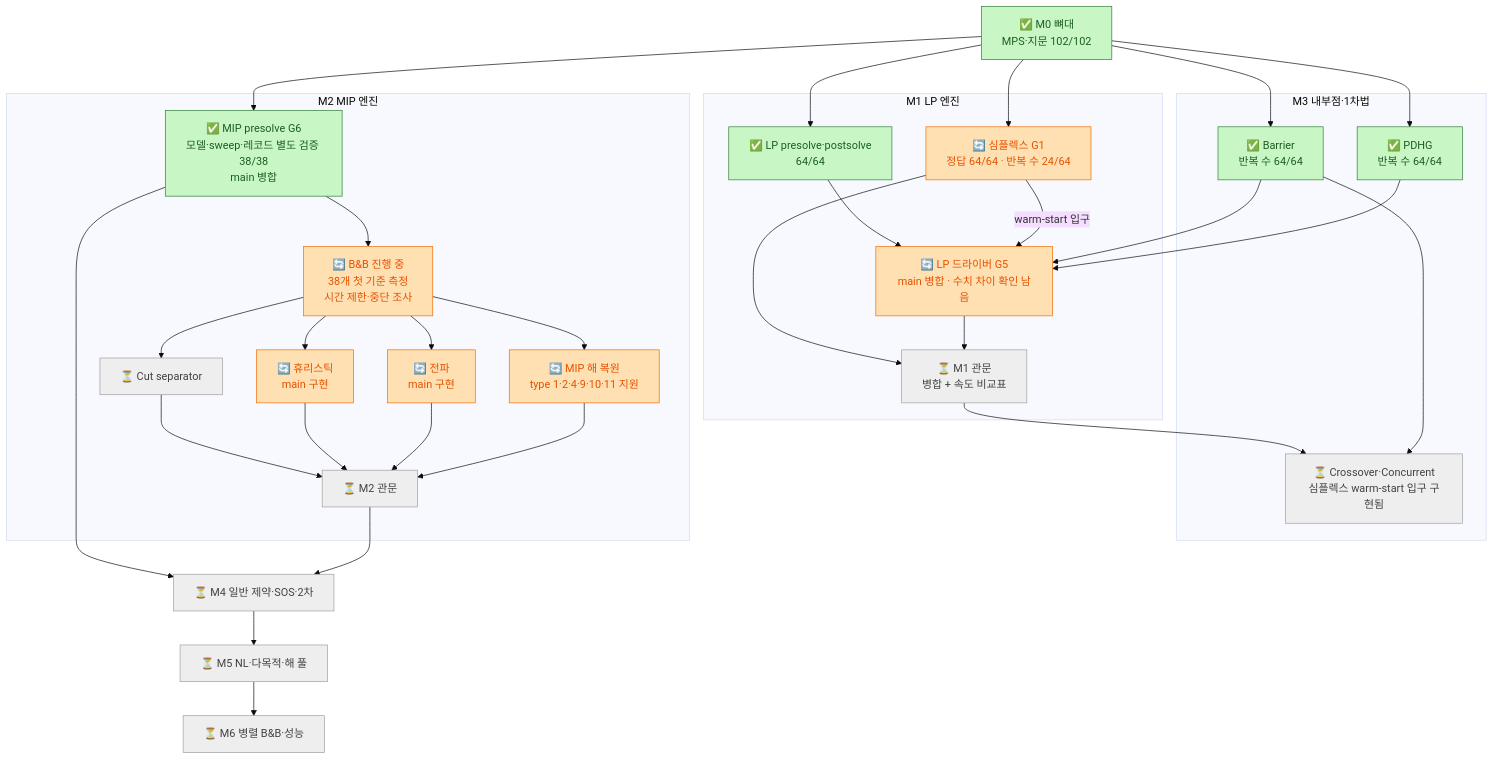
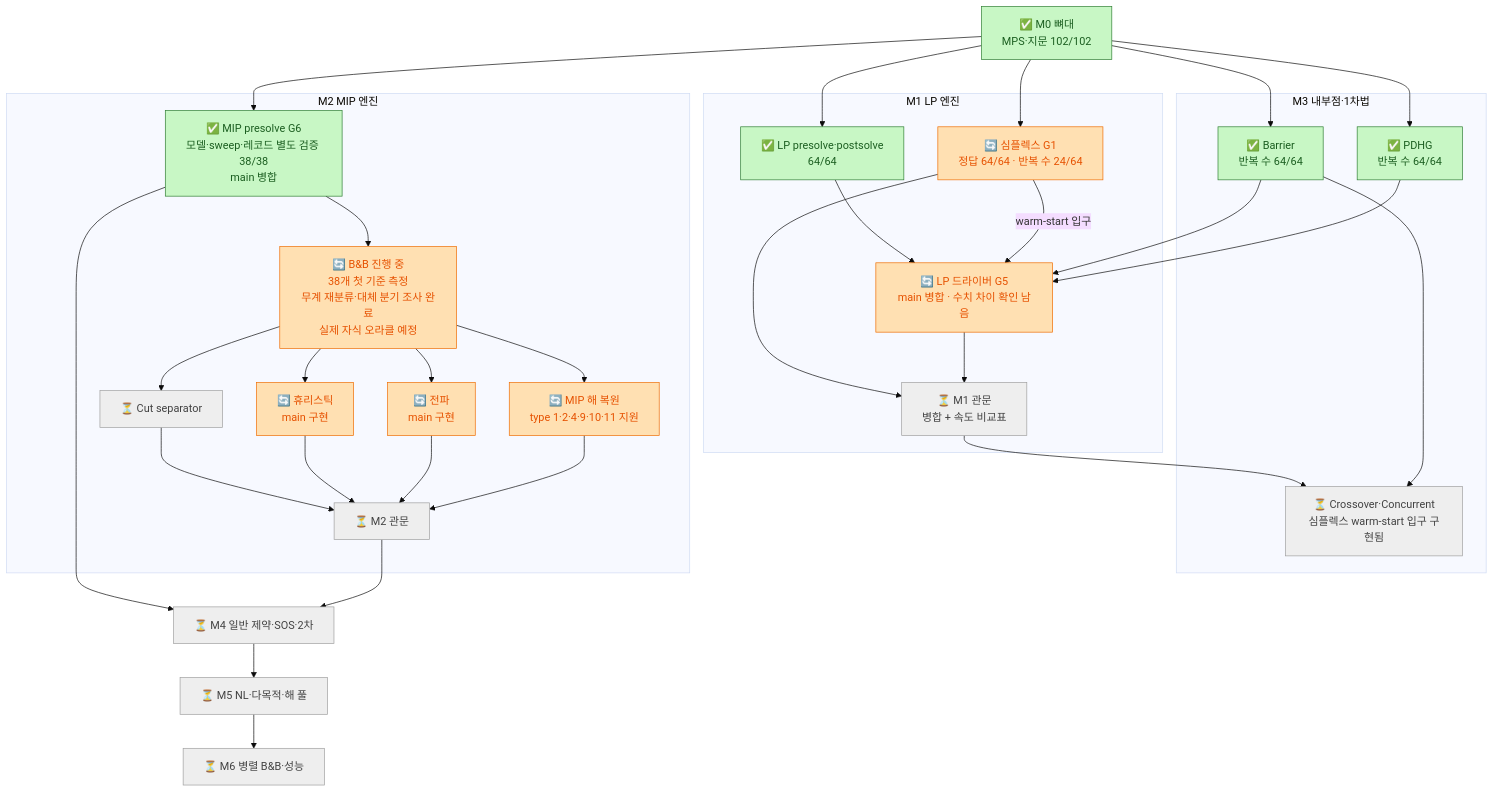
One commit to kjh278231/kerobi changed the diagram in docs/12_roadmap_diagram.md. Above: the diagram before and after it, drawn with Mermaid (base theme). The commit also changed other lines of this file and 9 other files, not shown here.

````diff
--- a/docs/12_roadmap_diagram.md
+++ b/docs/12_roadmap_diagram.md
@@ -17,49 +19,49 @@
 ```mermaid
 flowchart TD
     classDef done fill:#c8f7c5,stroke:#2e7d32,color:#1b5e20
     classDef doing fill:#ffe0b2,stroke:#ef6c00,color:#e65100
     classDef pending fill:#bbdefb,stroke:#1565c0,color:#0d47a1
     classDef todo fill:#eeeeee,stroke:#9e9e9e,color:#424242
 
     M0["✅ M0 뼈대<br/>MPS·지문 102/102"]:::done
 
     subgraph M1["M1 LP 엔진"]
         PRE["✅ LP presolve·postsolve<br/>64/64"]:::done
         SPX["🔄 심플렉스 G1<br/>정답 64/64 · 반복 수 24/64"]:::doing
         DRV["🔄 LP 드라이버 G5<br/>main 병합 · 수치 차이 확인 남음"]:::doing
         GATE1["⏳ M1 관문<br/>병합 + 속도 비교표"]:::todo
     end
 
     subgraph M3["M3 내부점·1차법"]
         BAR["✅ Barrier<br/>반복 수 64/64"]:::done
         PDHG["✅ PDHG<br/>반복 수 64/64"]:::done
         XO["⏳ Crossover·Concurrent<br/>심플렉스 warm-start 입구 구현됨"]:::todo
     end
 
     subgraph M2["M2 MIP 엔진"]
         MPRE["✅ MIP presolve G6<br/>모델·sweep·레코드 별도 검증 38/38<br/>main 병합"]:::done
-        BNB["🔄 B&B 진행 중<br/>38개 첫 기준 측정<br/>시간 제한·중단 조사"]:::doing
+        BNB["🔄 B&B 진행 중<br/>38개 첫 기준 측정<br/>무계 재분류·대체 분기 조사 완료<br/>실제 자식 오라클 예정"]:::doing
         CUT["⏳ Cut separator"]:::todo
         HEU["🔄 휴리스틱<br/>main 구현"]:::doing
         PROP["🔄 전파<br/>main 구현"]:::doing
         POST["🔄 MIP 해 복원<br/>type 1·2·4·9·10·11 지원"]:::doing
         GATE2["⏳ M2 관문"]:::todo
     end
 
     M4["⏳ M4 일반 제약·SOS·2차"]:::todo
     M5["⏳ M5 NL·다목적·해 풀"]:::todo
     M6["⏳ M6 병렬 B&B·성능"]:::todo
 
     M0 --> PRE & SPX & BAR & PDHG & MPRE
     PRE --> DRV
     BAR & PDHG --> DRV
     SPX -- "warm-start 입구" --> DRV
     SPX & DRV --> GATE1
     GATE1 --> XO
     BAR --> XO
     MPRE --> BNB
     BNB --> CUT & HEU & PROP & POST
     CUT & HEU & PROP & POST --> GATE2
     MPRE --> M4
     GATE2 --> M4 --> M5 --> M6
 ```
````
